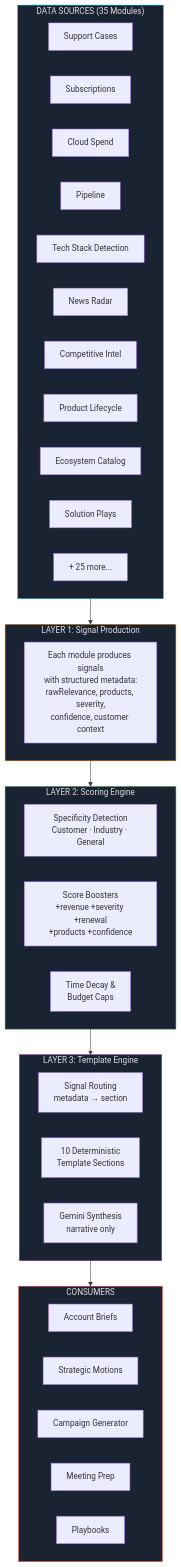
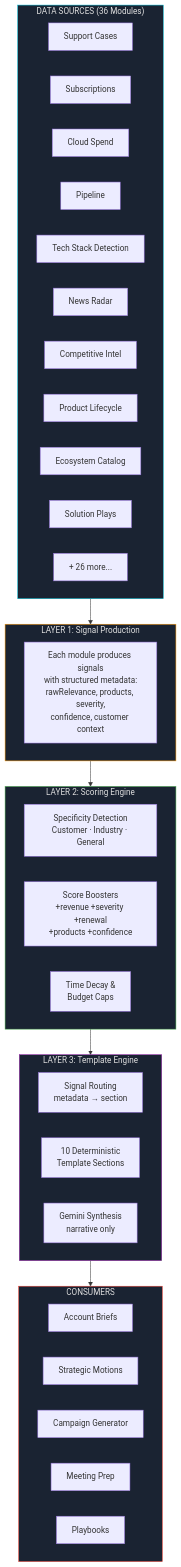
The first of 3 diagrams in README.md (hornjason/daily-brief-dashboard), drawn with Mermaid before and after one commit. The commit also changed other lines of this file and 3 other files, not shown here.

````diff
--- a/README.md
+++ b/README.md
@@ -177,54 +170,54 @@
 ```mermaid
 flowchart TD
-    subgraph Sources["DATA SOURCES (35 Modules)"]
+    subgraph Sources["DATA SOURCES (36 Modules)"]
         S1[Support Cases]
         S2[Subscriptions]
         S3[Cloud Spend]
         S4[Pipeline]
         S5[Tech Stack Detection]
         S6[News Radar]
         S7[Competitive Intel]
         S8[Product Lifecycle]
         S9[Ecosystem Catalog]
         S10[Solution Plays]
-        S11["+ 25 more..."]
+        S11["+ 26 more..."]
     end
 
     subgraph Layer1["LAYER 1: Signal Production"]
         direction LR
         L1[Each module produces signals<br/>with structured metadata:<br/>rawRelevance, products, severity,<br/>confidence, customer context]
     end
 
     subgraph Layer2["LAYER 2: Scoring Engine"]
         direction LR
         L2A[Specificity Detection<br/>Customer · Industry · General]
         L2B[Score Boosters<br/>+revenue +severity +renewal<br/>+products +confidence]
         L2C[Time Decay &<br/>Budget Caps]
     end
 
     subgraph Layer3["LAYER 3: Template Engine"]
         direction LR
         L3A[Signal Routing<br/>metadata → section]
         L3B[10 Deterministic<br/>Template Sections]
         L3C[Gemini Synthesis<br/>narrative only]
     end
 
     subgraph Consumers["CONSUMERS"]
         C1[Account Briefs]
         C2[Strategic Motions]
         C3[Campaign Generator]
         C4[Meeting Prep]
         C5[Playbooks]
     end
 
     Sources --> Layer1
     Layer1 --> Layer2
     Layer2 --> Layer3
     Layer3 --> Consumers
 
     style Sources fill:#1a2332,stroke:#00bcd4,color:#e0e0e0
     style Layer1 fill:#1a2332,stroke:#ff9800,color:#e0e0e0
     style Layer2 fill:#1a2332,stroke:#4caf50,color:#e0e0e0
     style Layer3 fill:#1a2332,stroke:#9c27b0,color:#e0e0e0
     style Consumers fill:#1a2332,stroke:#f44336,color:#e0e0e0
 ```
````
